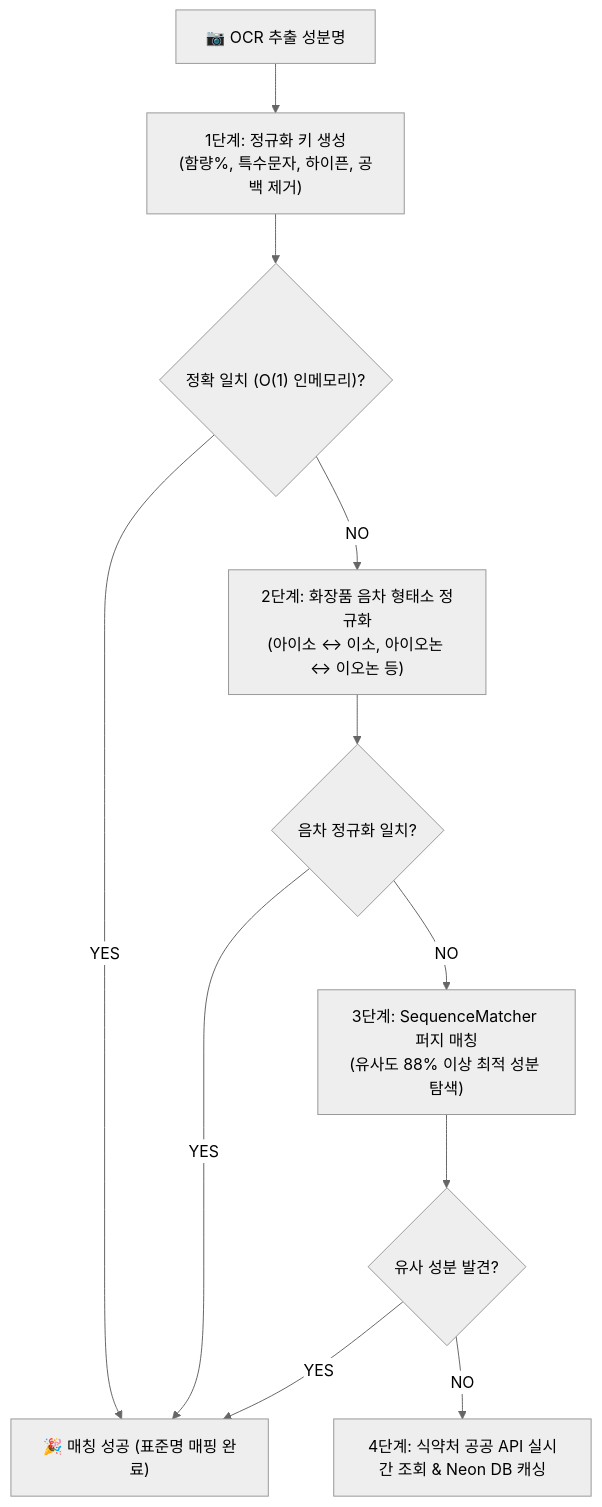
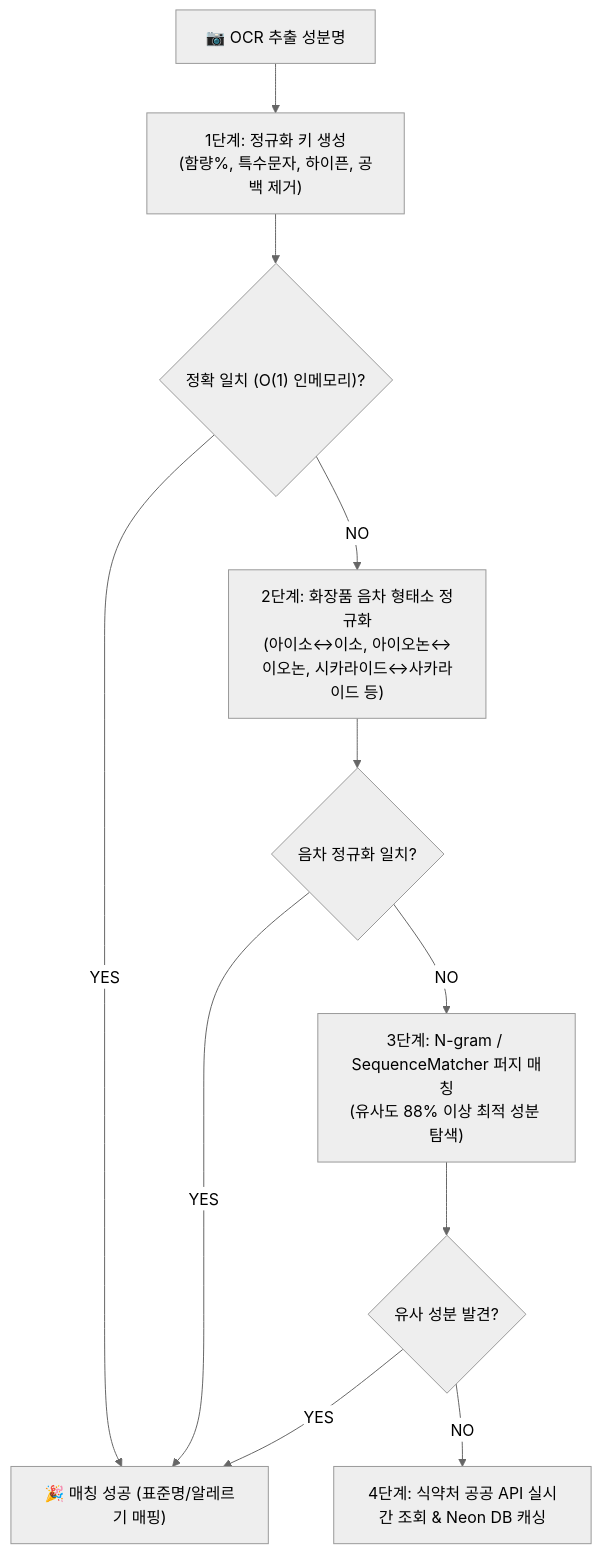
Before and after one commit to daniel-dataflow/daniel-dataflow.github.io: the diagram in content/posts/picksafe/2026-08-27-지능형-성분-자동-매칭-엔진-음차정규화-및-퍼지매칭-구축.md, drawn with Mermaid (neutral theme). The commit also changed other lines of this file and 61 other files, not shown here.

````diff
--- a/content/posts/picksafe/2026-08-27-지능형-성분-자동-매칭-엔진-음차정규화-및-퍼지매칭-구축.md
+++ b/content/posts/picksafe/2026-08-27-지능형-성분-자동-매칭-엔진-음차정규화-및-퍼지매칭-구축.md
@@ -50,13 +32,13 @@
 ```mermaid
 flowchart TD
     A["📷 OCR 추출 성분명"] --> B["1단계: 정규화 키 생성<br>(함량%, 특수문자, 하이픈, 공백 제거)"]
     B --> C{"정확 일치 (O(1) 인메모리)?"}
-    C -- "YES" --> Z["🎉 매칭 성공 (표준명 매핑 완료)"]
-    C -- "NO" --> D["2단계: 화장품 음차 형태소 정규화<br>(아이소 ↔ 이소, 아이오논 ↔ 이오논 등)"]
+    C -- "YES" --> Z["🎉 매칭 성공 (표준명/알레르기 매핑)"]
+    C -- "NO" --> D["2단계: 화장품 음차 형태소 정규화<br>(아이소↔이소, 아이오논↔이오논, 시카라이드↔사카라이드 등)"]
     D --> E{"음차 정규화 일치?"}
     E -- "YES" --> Z
-    E -- "NO" --> F["3단계: SequenceMatcher 퍼지 매칭<br>(유사도 88% 이상 최적 성분 탐색)"]
+    E -- "NO" --> F["3단계: N-gram / SequenceMatcher 퍼지 매칭<br>(유사도 88% 이상 최적 성분 탐색)"]
     F --> G{"유사 성분 발견?"}
     G -- "YES" --> Z
     G -- "NO" --> H["4단계: 식약처 공공 API 실시간 조회 & Neon DB 캐싱"]
 ```
````
